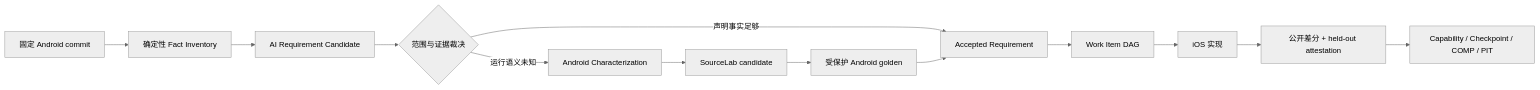
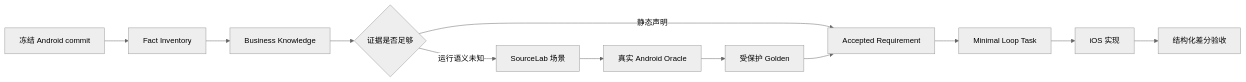
One commit to yangtianxiang0313/legado changed the diagram in ios/docs/android-requirement-intake.md. Above: the diagram before and after it, drawn with Mermaid (neutral theme). The commit also changed other lines of this file and 12 other files, not shown here.

````diff
--- a/ios/docs/android-requirement-intake.md
+++ b/ios/docs/android-requirement-intake.md
@@ -7,15 +5,14 @@
 ```mermaid
 flowchart LR
-  A["固定 Android commit"] --> F["确定性 Fact Inventory"]
-  F --> C["AI Requirement Candidate"]
-  C --> D{"范围与证据裁决"}
-  D -->|"声明事实足够"| R["Accepted Requirement"]
-  D -->|"运行语义未知"| X["Android Characterization"]
-  X --> S["SourceLab candidate"]
-  S --> G["受保护 Android golden"]
+  A["冻结 Android commit"] --> F["Fact Inventory"]
+  F --> K["Business Knowledge"]
+  K --> C{"证据是否足够"}
+  C -->|"静态声明"| R["Accepted Requirement"]
+  C -->|"运行语义未知"| S["SourceLab 场景"]
+  S --> O["真实 Android Oracle"]
+  O --> G["受保护 Golden"]
   G --> R
-  R --> W["Work Item DAG"]
-  W --> I["iOS 实现"]
-  I --> V["公开差分 + held-out attestation"]
-  V --> M["Capability / Checkpoint / COMP / PIT"]
+  R --> T["Minimal Loop Task"]
+  T --> I["iOS 实现"]
+  I --> V["结构化差分验收"]
 ```
````
